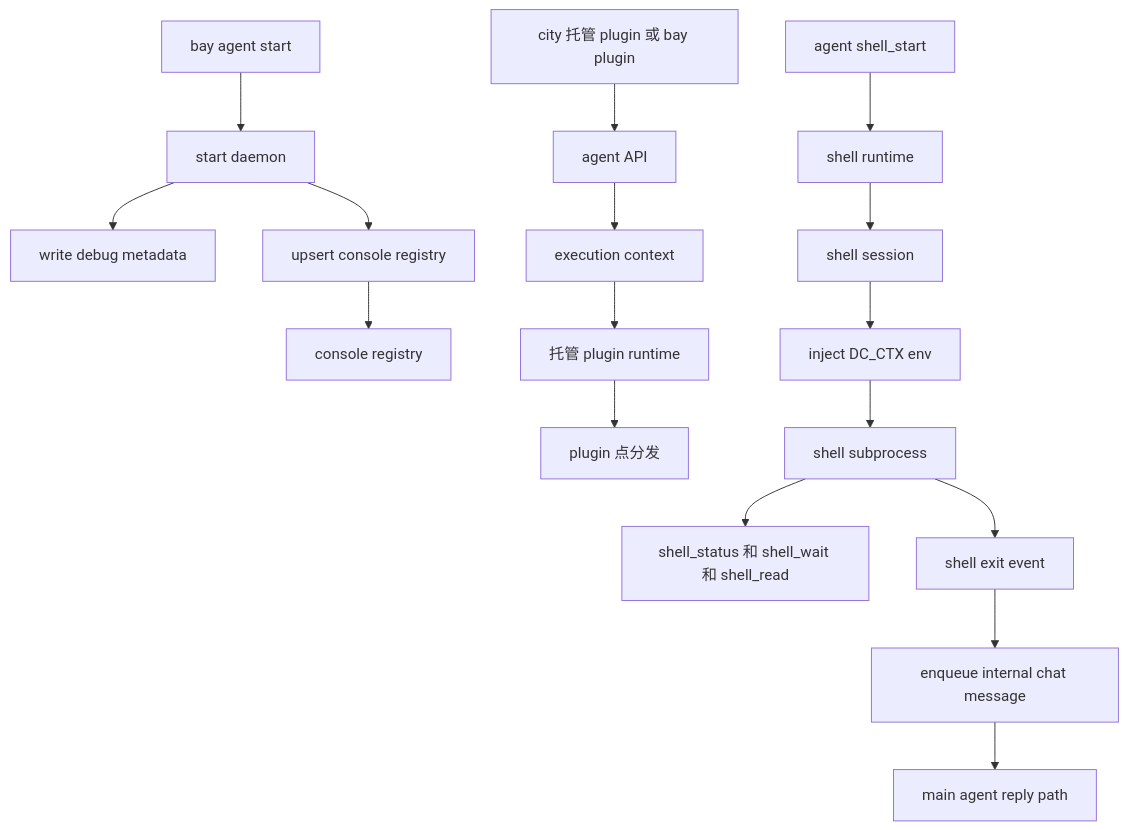
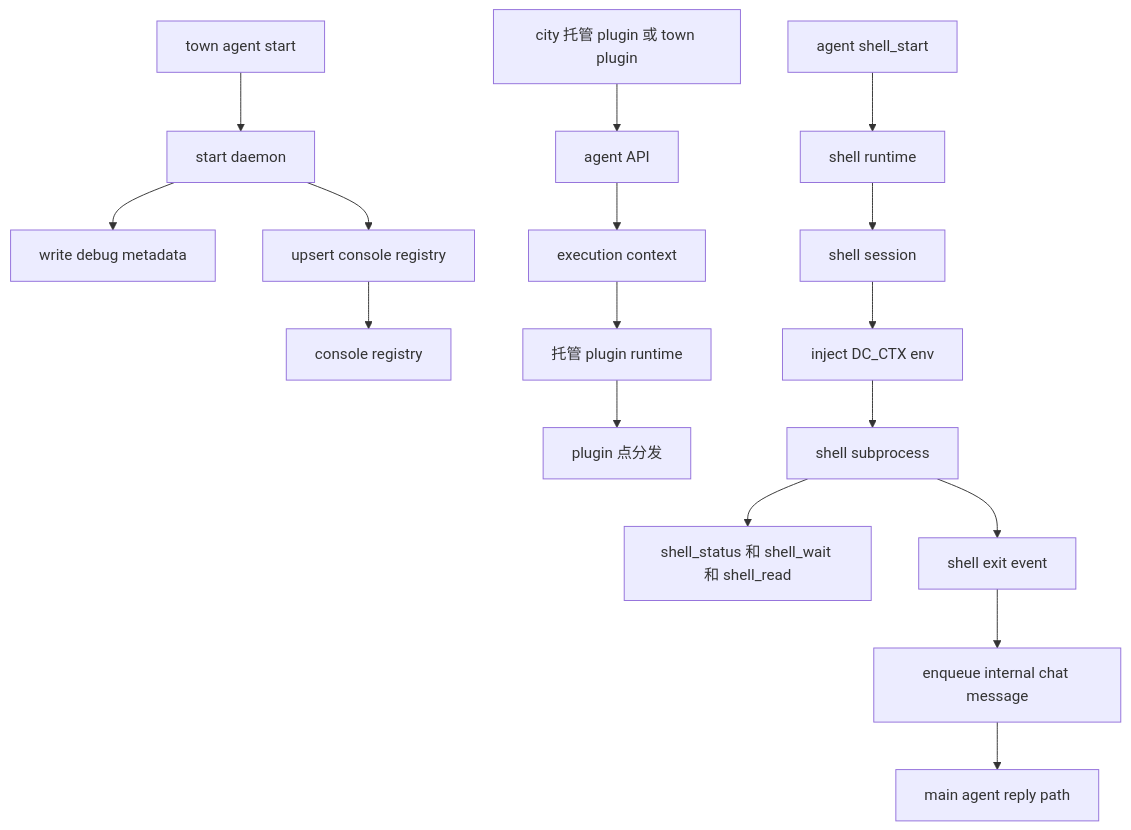
The diagram in homepage/content/docs/zh/concepts/console-registration-and-shell-flow.mdx (wangenius/downcity), drawn with Mermaid before and after one commit. The commit also changed 1247 other files, not shown here.

Commit message:
feat(city): rename visa and bay concepts

````diff
--- a/homepage/content/docs/zh/concepts/console-registration-and-shell-flow.mdx
+++ b/homepage/content/docs/zh/concepts/console-registration-and-shell-flow.mdx
@@ -33,21 +33,21 @@
 ```mermaid
 flowchart TD
-  A["bay agent start"] --> B["start daemon"]
+  A["town agent start"] --> B["start daemon"]
   B --> C["write debug metadata"]
   B --> D["upsert console registry"]
   D --> E["console registry"]
 
-  F["city 托管 plugin 或 bay plugin"] --> G["agent API"]
+  F["city 托管 plugin 或 town plugin"] --> G["agent API"]
   G --> H["execution context"]
   H --> I["托管 plugin runtime"]
   I --> J["plugin 点分发"]
 
   L["agent shell_start"] --> M["shell runtime"]
   M --> N["shell session"]
   N --> O["inject DC_CTX env"]
   O --> P["shell subprocess"]
   P --> Q["shell_status 和 shell_wait 和 shell_read"]
   P --> R["shell exit event"]
   R --> S["enqueue internal chat message"]
   S --> T["main agent reply path"]
 ```
````
